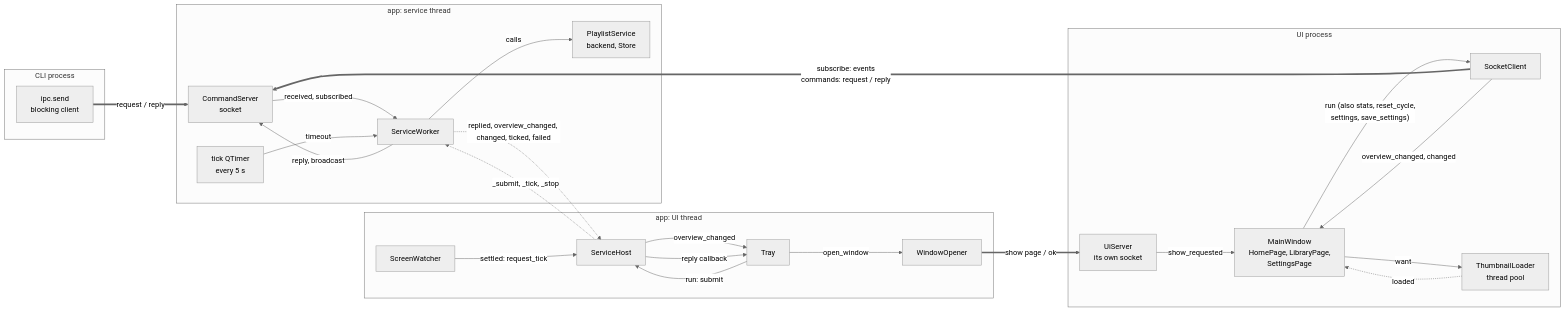
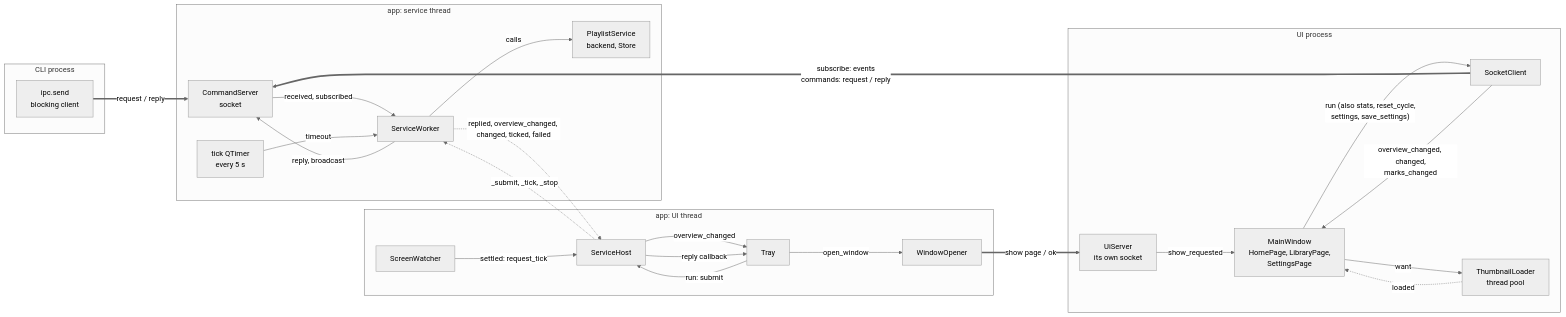
One commit to cheshire0xff/wallpaper_py changed the first of 8 diagrams in docs/app-wiring.md. Above: the diagram before and after it, drawn with Mermaid (neutral theme). The commit also changed other lines of this file and 28 other files, not shown here.

````diff
--- a/docs/app-wiring.md
+++ b/docs/app-wiring.md
@@ -43,44 +43,44 @@
 ```mermaid
 flowchart LR
     subgraph CLI["CLI process"]
         send["ipc.send<br/>blocking client"]
     end
     subgraph UIP["UI process"]
         uiserver["UiServer<br/>its own socket"]
         client["SocketClient"]
         windows["MainWindow<br/>HomePage, LibraryPage,<br/>SettingsPage"]
         thumbs["ThumbnailLoader<br/>thread pool"]
     end
     subgraph UI["app: UI thread"]
         tray["Tray"]
         opener["WindowOpener"]
         screens["ScreenWatcher"]
         host["ServiceHost"]
     end
     subgraph SVC["app: service thread"]
         server["CommandServer<br/>socket"]
         timer["tick QTimer<br/>every 5 s"]
         worker["ServiceWorker"]
         service["PlaylistService<br/>backend, Store"]
     end
 
     send ==>|"request / reply"| server
     client ==>|"subscribe: events<br/>commands: request / reply"| server
     opener ==>|"show page / ok"| uiserver
     uiserver -->|"show_requested"| windows
-    client -->|"overview_changed, changed"| windows
+    client -->|"overview_changed, changed,<br/>marks_changed"| windows
     windows -->|"run (also stats, reset_cycle,<br/>settings, save_settings)"| client
     windows -->|"want"| thumbs
     thumbs -.->|"loaded"| windows
     server -->|"received, subscribed"| worker
     worker -->|"reply, broadcast"| server
     tray -->|"open_window"| opener
     tray -->|"run: submit"| host
     screens -->|"settled: request_tick"| host
     host -.->|"_submit, _tick, _stop"| worker
     timer -->|"timeout"| worker
     worker -->|"calls"| service
     worker -.->|"replied, overview_changed, changed, ticked, failed"| host
     host -->|"overview_changed"| tray
     host -->|"reply callback"| tray
 ```
````
